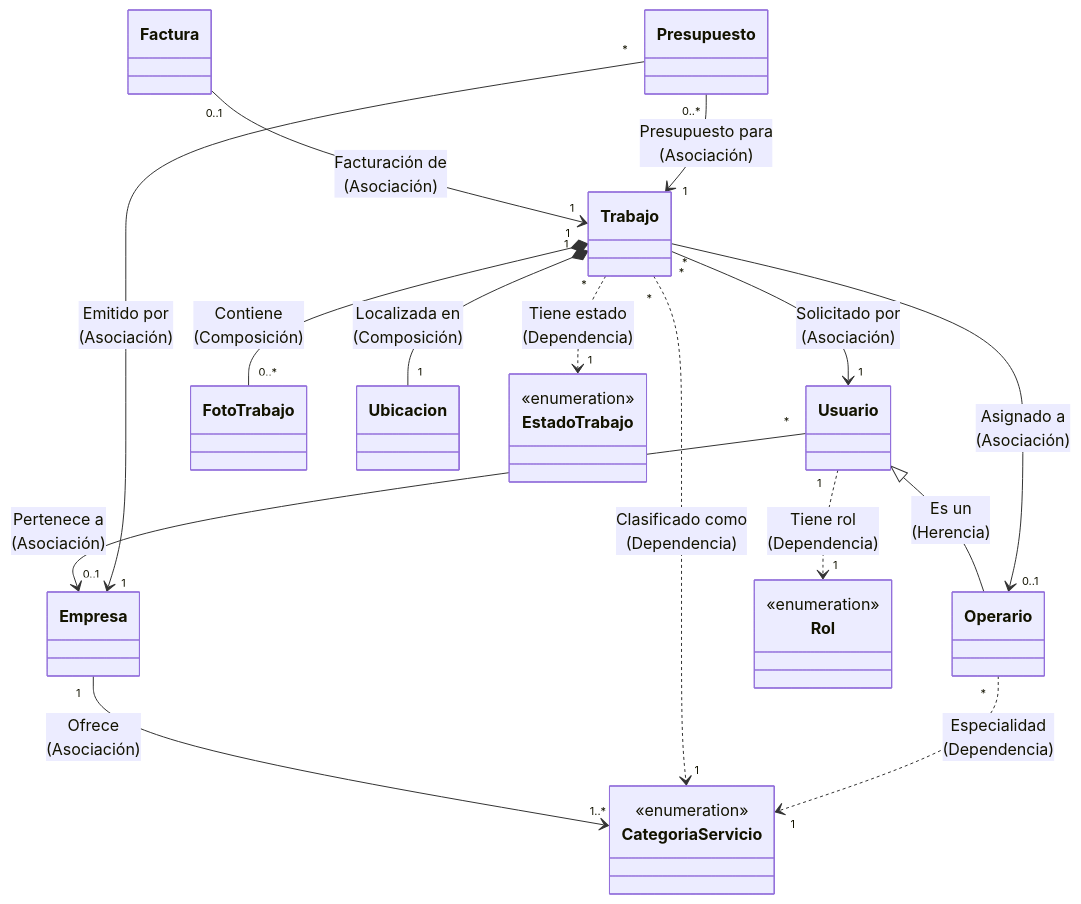
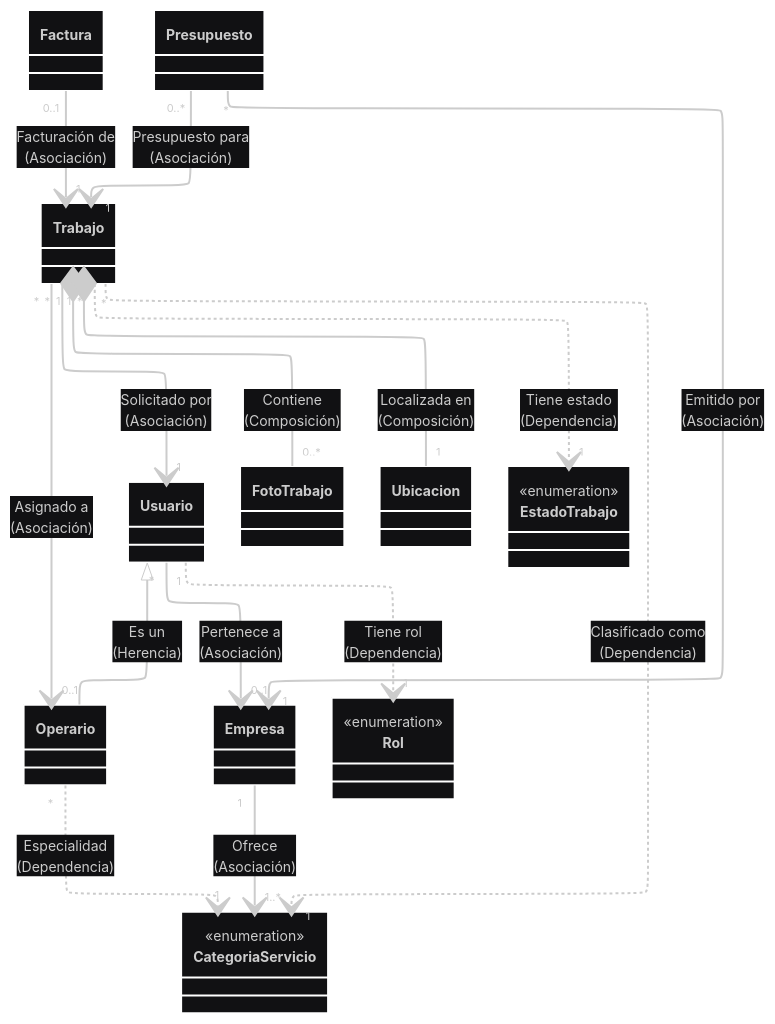
The first of 2 diagrams in docs/diseno/DIAGRAMA_CLASES.md (ncondeviladev/FixFinder), drawn with Mermaid before and after one commit. The commit also changed other lines of this file and 28 other files, not shown here.

````diff
--- a/docs/diseno/DIAGRAMA_CLASES.md
+++ b/docs/diseno/DIAGRAMA_CLASES.md
@@ -9,46 +11,34 @@
 ```mermaid
+---
+config:
+  layout: elk
+  theme: redux-dark
+---
 classDiagram
-    %% CLASES
     class Usuario
     class Operario
     class Empresa
     class Trabajo
     class Factura
     class Presupuesto
     class FotoTrabajo
     class Ubicacion
-
-    %% ENUMS
     class Rol { <<enumeration>> }
     class CategoriaServicio { <<enumeration>> }
     class EstadoTrabajo { <<enumeration>> }
-
-    %% RELACIONES
-
-    %% Herencia
     Usuario <|-- Operario : Es un<br/>(Herencia)
-
-    %% Asociaciones Principales
     Empresa "1" --> "1..*" CategoriaServicio : Ofrece<br/>(Asociación)
-
-    %% RELACIÓN USUARIO - EMPRESA AGREGADA
     Usuario "*" --> "0..1" Empresa : Pertenece a<br/>(Asociación)
 
     Trabajo "*" --> "1" Usuario : Solicitado por<br/>(Asociación)
     Trabajo "*" --> "0..1" Operario : Asignado a<br/>(Asociación)
     Trabajo "*" ..> "1" CategoriaServicio : Clasificado como<br/>(Dependencia)
     Trabajo "*" ..> "1" EstadoTrabajo : Tiene estado<br/>(Dependencia)
-
-    %% Composiciones
     Trabajo "1" *-- "0..*" FotoTrabajo : Contiene<br/>(Composición)
     Trabajo "1" *-- "1" Ubicacion : Localizada en<br/>(Composición)
-
-    %% Dependencias de Enums
     Usuario "1" ..> "1" Rol : Tiene rol<br/>(Dependencia)
     Operario "*" ..> "1" CategoriaServicio : Especialidad<br/>(Dependencia)
-
-    %% Documentos
     Factura "0..1" --> "1" Trabajo : Facturación de<br/>(Asociación)
     Presupuesto "0..*" --> "1" Trabajo : Presupuesto para<br/>(Asociación)
     Presupuesto "*" --> "1" Empresa : Emitido por<br/>(Asociación)
 ```
````
